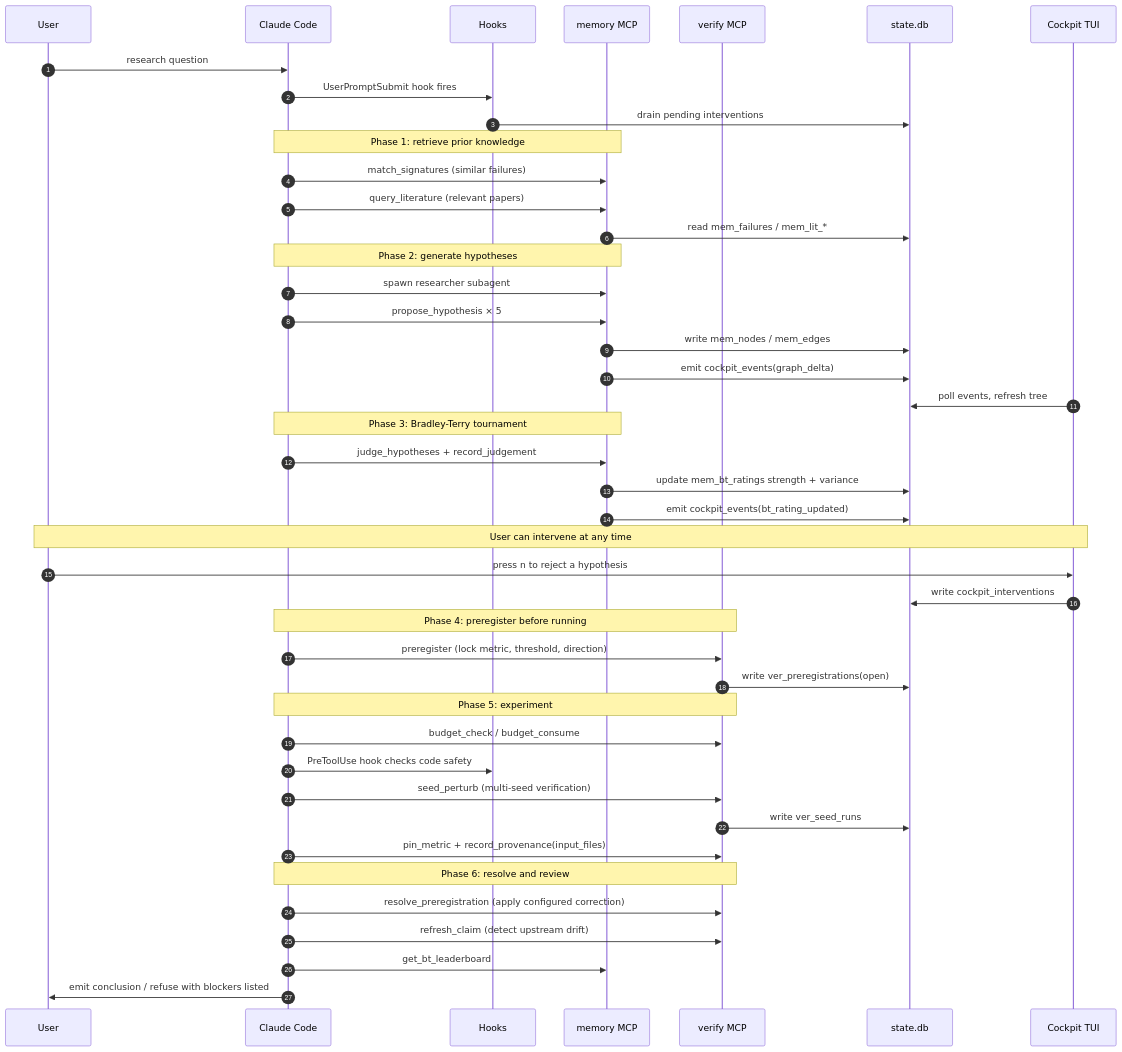
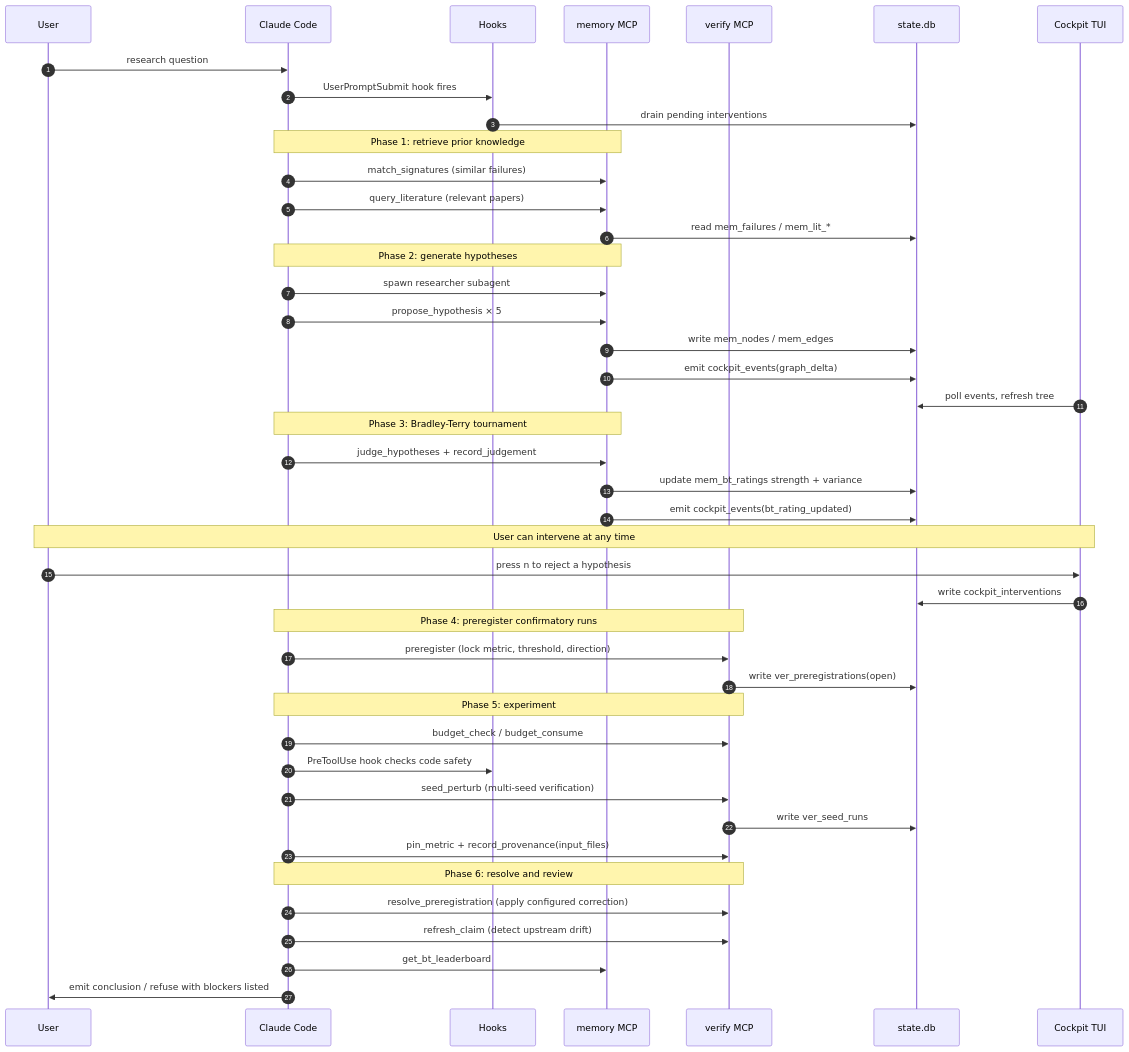
The first of 2 diagrams in docs/overview.md (whenpoem/aiscientist), drawn with Mermaid before and after one commit. The commit also changed other lines of this file and 50 other files, not shown here.

````diff
--- a/docs/overview.md
+++ b/docs/overview.md
@@ -52,53 +52,53 @@
 ```mermaid
 sequenceDiagram
   autonumber
   participant U as User
   participant C as Claude Code
   participant H as Hooks
   participant M as memory MCP
   participant V as verify MCP
   participant DB as state.db
   participant T as Cockpit TUI
 
   U->>C: research question
   C->>H: UserPromptSubmit hook fires
   H->>DB: drain pending interventions
 
   Note over C,M: Phase 1: retrieve prior knowledge
   C->>M: match_signatures (similar failures)
   C->>M: query_literature (relevant papers)
   M->>DB: read mem_failures / mem_lit_*
 
   Note over C,M: Phase 2: generate hypotheses
   C->>M: spawn researcher subagent
   C->>M: propose_hypothesis × 5
   M->>DB: write mem_nodes / mem_edges
   M->>DB: emit cockpit_events(graph_delta)
   T->>DB: poll events, refresh tree
 
   Note over C,M: Phase 3: Bradley-Terry tournament
   C->>M: judge_hypotheses + record_judgement
   M->>DB: update mem_bt_ratings strength + variance
   M->>DB: emit cockpit_events(bt_rating_updated)
 
   Note over U,T: User can intervene at any time
   U->>T: press n to reject a hypothesis
   T->>DB: write cockpit_interventions
 
-  Note over C,V: Phase 4: preregister before running
+   Note over C,V: Phase 4: preregister confirmatory runs
   C->>V: preregister (lock metric, threshold, direction)
   V->>DB: write ver_preregistrations(open)
 
   Note over C,V: Phase 5: experiment
   C->>V: budget_check / budget_consume
   C->>H: PreToolUse hook checks code safety
   C->>V: seed_perturb (multi-seed verification)
   V->>DB: write ver_seed_runs
   C->>V: pin_metric + record_provenance(input_files)
 
   Note over C,V: Phase 6: resolve and review
   C->>V: resolve_preregistration (apply configured correction)
   C->>V: refresh_claim (detect upstream drift)
   C->>M: get_bt_leaderboard
   C->>U: emit conclusion / refuse with blockers listed
 ```
````
